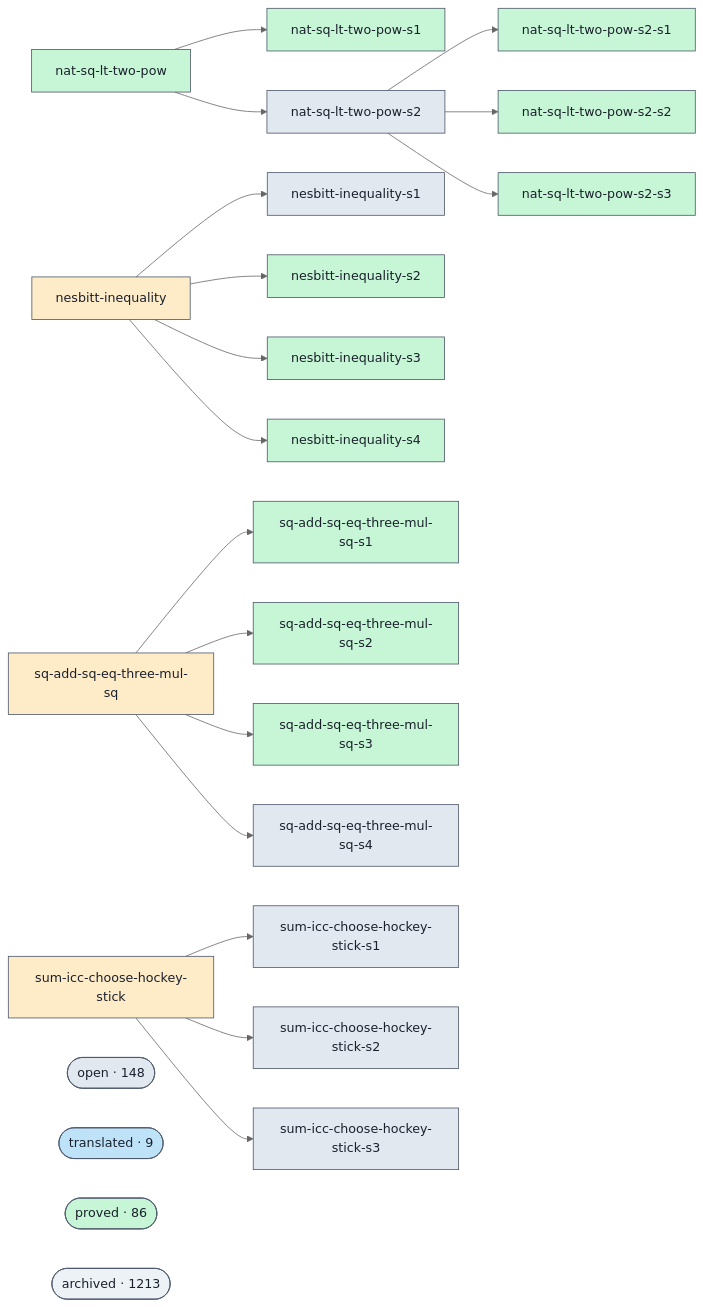
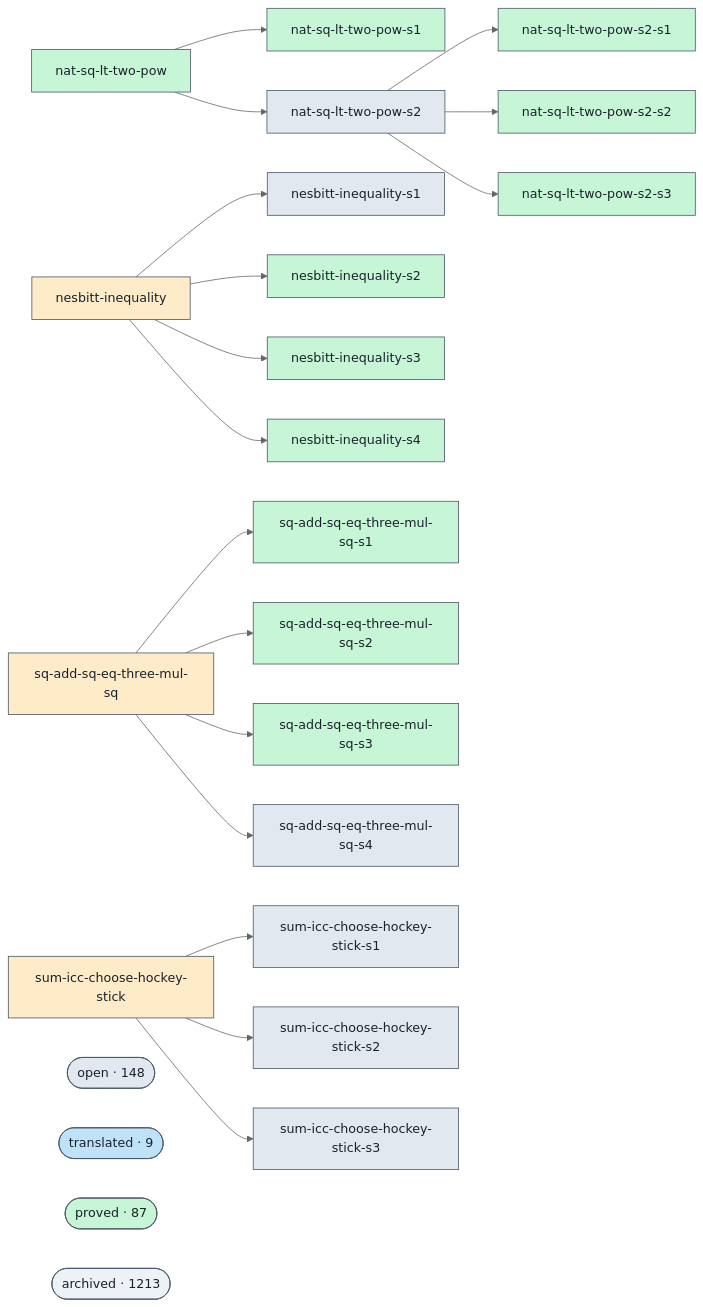
Before and after one commit to ohdearquant/unsorry: the diagram in docs/proofs-contributors-visualisation.md, drawn with Mermaid (neutral theme). The commit also changed other lines of this file and 2 other files, not shown here.

```diff
--- a/docs/proofs-contributors-visualisation.md
+++ b/docs/proofs-contributors-visualisation.md
@@ -102,7 +102,7 @@
   class cluster_open open;
   cluster_translated(["translated · 9"])
   class cluster_translated translated;
-  cluster_proved(["proved · 86"])
+  cluster_proved(["proved · 87"])
   class cluster_proved proved;
   cluster_archived(["archived · 1213"])
   class cluster_archived unknown;
```
